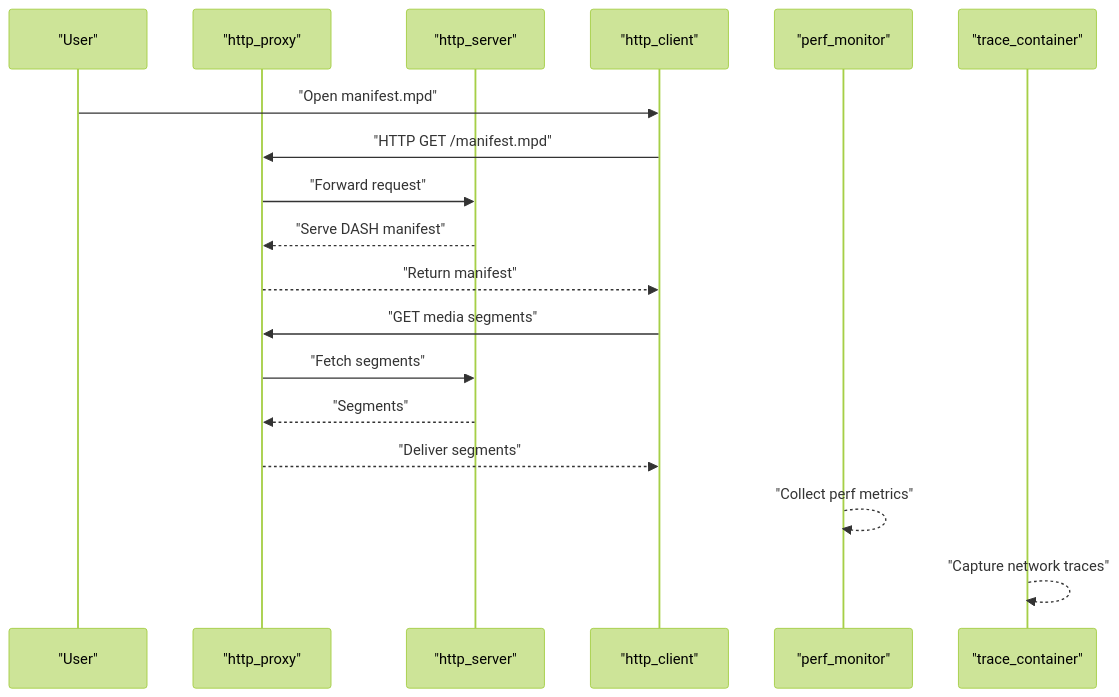
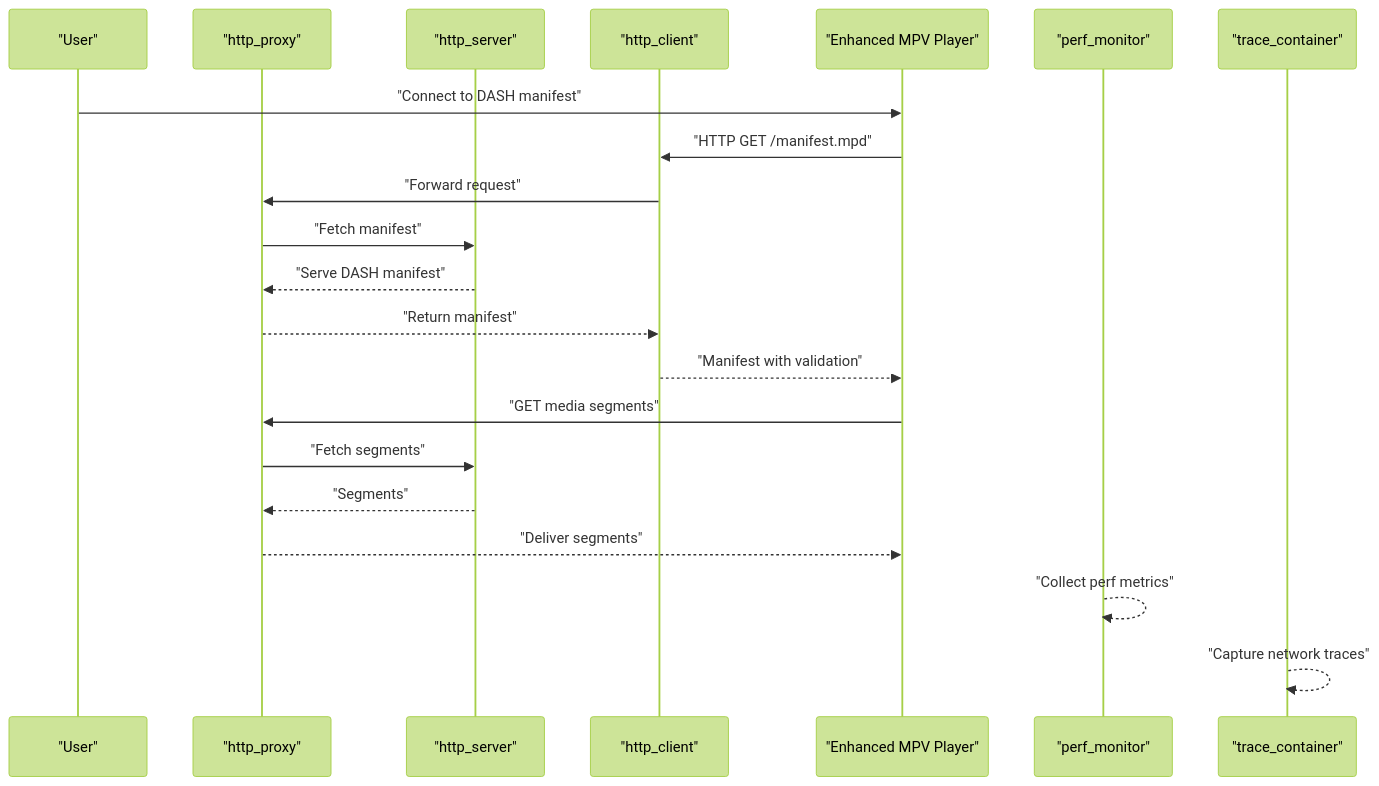
Before and after one commit to Fogus-Gr/MeasurementsDTs: the fifth of 8 diagrams in .qoder/repowiki/en/content/Integration Components/Integration Components.md, drawn with Mermaid (forest theme). The commit also changed other lines of this file and 11 other files, not shown here.

````diff
--- a/.qoder/repowiki/en/content/Integration Components/Integration Components.md
+++ b/.qoder/repowiki/en/content/Integration Components/Integration Components.md
@@ -259,20 +288,23 @@
 ```mermaid
 sequenceDiagram
 participant User as "User"
 participant Proxy as "http_proxy"
 participant Server as "http_server"
 participant Client as "http_client"
+participant MPV as "Enhanced MPV Player"
 participant PM as "perf_monitor"
 participant Tr as "trace_container"
-User->>Client : "Open manifest.mpd"
-Client->>Proxy : "HTTP GET /manifest.mpd"
-Proxy->>Server : "Forward request"
+User->>MPV : "Connect to DASH manifest"
+MPV->>Client : "HTTP GET /manifest.mpd"
+Client->>Proxy : "Forward request"
+Proxy->>Server : "Fetch manifest"
 Server-->>Proxy : "Serve DASH manifest"
 Proxy-->>Client : "Return manifest"
-Client->>Proxy : "GET media segments"
+Client-->>MPV : "Manifest with validation"
+MPV->>Proxy : "GET media segments"
 Proxy->>Server : "Fetch segments"
 Server-->>Proxy : "Segments"
-Proxy-->>Client : "Deliver segments"
+Proxy-->>MPV : "Deliver segments"
 PM-->>PM : "Collect perf metrics"
 Tr-->>Tr : "Capture network traces"
 ```
````
